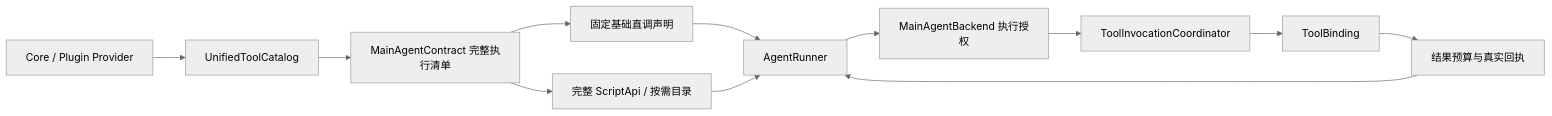
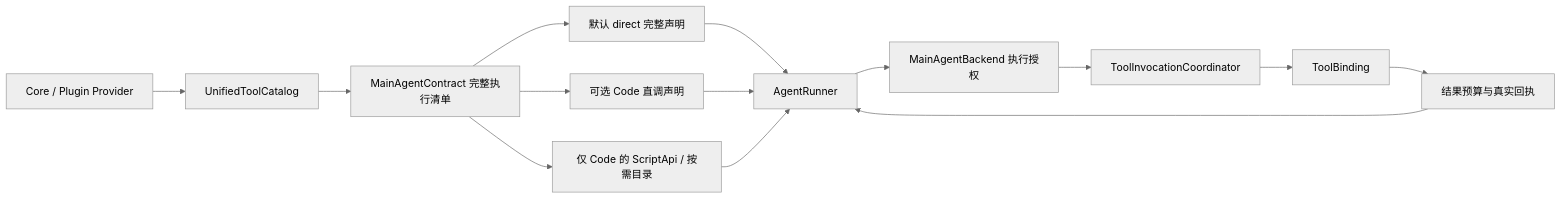
The diagram in docs/architecture/tool-kernel.md (YuanYeYouTao/Yuki), drawn with Mermaid (neutral theme) before and after one commit. The commit also changed other lines of this file and 151 other files, not shown here.

````diff
--- a/docs/architecture/tool-kernel.md
+++ b/docs/architecture/tool-kernel.md
@@ -45,14 +45,16 @@
 ```mermaid
 flowchart LR
   P[Core / Plugin Provider] --> D[UnifiedToolCatalog]
   D --> F[MainAgentContract 完整执行清单]
-  F --> V[固定基础直调声明]
-  F --> S[完整 ScriptApi / 按需目录]
+  F --> V[默认 direct 完整声明]
+  F --> C[可选 Code 直调声明]
+  F --> S[仅 Code 的 ScriptApi / 按需目录]
   V --> A[AgentRunner]
+  C --> A
   S --> A
   A --> E[MainAgentBackend 执行授权]
   E --> I[ToolInvocationCoordinator]
   I --> B[ToolBinding]
   B --> R[结果预算与真实回执]
   R --> A
 ```
````
